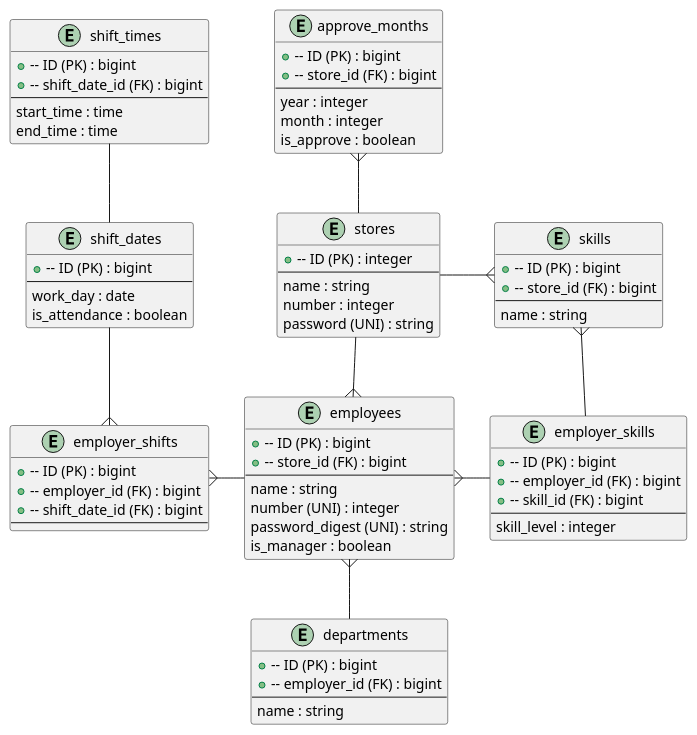
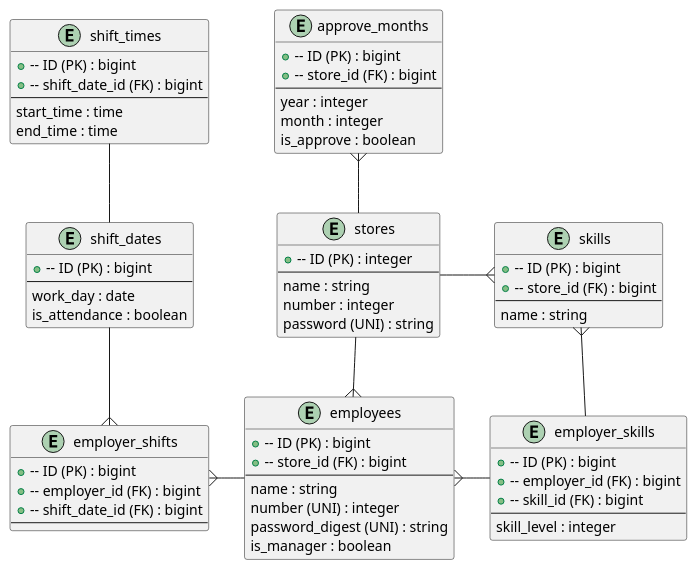
One commit to kokimoriguchi/portfolio_detail changed the diagram in ER.pu. Above: the diagram before and after it, drawn with PlantUML.

```diff
--- a/ER.pu
+++ b/ER.pu
@@ -1,84 +1,76 @@
 @startuml ER
 
 entity "employees" as employees {
   +-- ID (PK) : bigint
   +-- store_id (FK) : bigint
   --
   name : string
   number (UNI) : integer
   password_digest (UNI) : string
   is_manager : boolean
 }
 
 entity "shift_times" as shift_times {
   +-- ID (PK) : bigint
   +-- shift_date_id (FK) : bigint
   --
   start_time : time
   end_time : time
 }
 
 entity "shift_dates" as shift_dates {
   +-- ID (PK) : bigint
   --
   work_day : date
   is_attendance : boolean
 }
 
 entity "employer_shifts" as employer_shifts {
   +-- ID (PK) : bigint
   +-- employer_id (FK) : bigint
   +-- shift_date_id (FK) : bigint
   --
 }
 
 entity "approve_months" as approve_months {
   +-- ID (PK) : bigint
   +-- store_id (FK) : bigint
   --
   year : integer
   month : integer
   is_approve : boolean
 }
 
-entity "departments" as departments {
-  +-- ID (PK) : bigint
-  +-- employer_id (FK) : bigint
-  --
-  name : string
-}
-
 entity "skills" as skills {
   +-- ID (PK) : bigint
   +-- store_id (FK) : bigint
   --
   name : string
 }
 
 entity "employer_skills" as employer_skills {
   +-- ID (PK) : bigint
   +-- employer_id (FK) : bigint
   +-- skill_id (FK) : bigint
   --
   skill_level : integer
 }
 
 entity "stores" as stores {
   +-- ID (PK) : integer
   --
   name : string
   number : integer
   password (UNI) : string
 }
 
 stores -d-{ employees
 stores -r-{ skills
 employees -l-{ employer_shifts
 employer_shifts }-u- shift_dates
 shift_times -- shift_dates
 employer_skills -l-{ employees
 employer_skills -u-{ skills
-departments -u-{ employees
 approve_months }-d- stores
 
 @enduml
```
